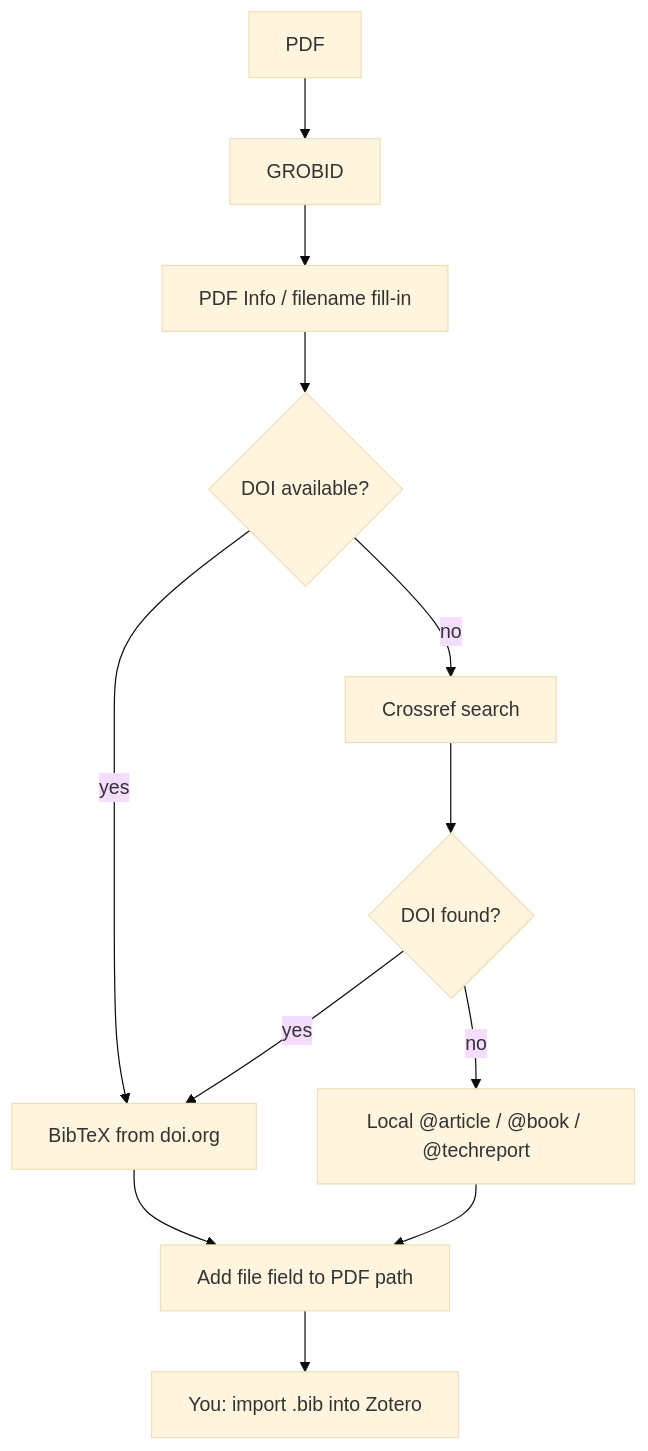
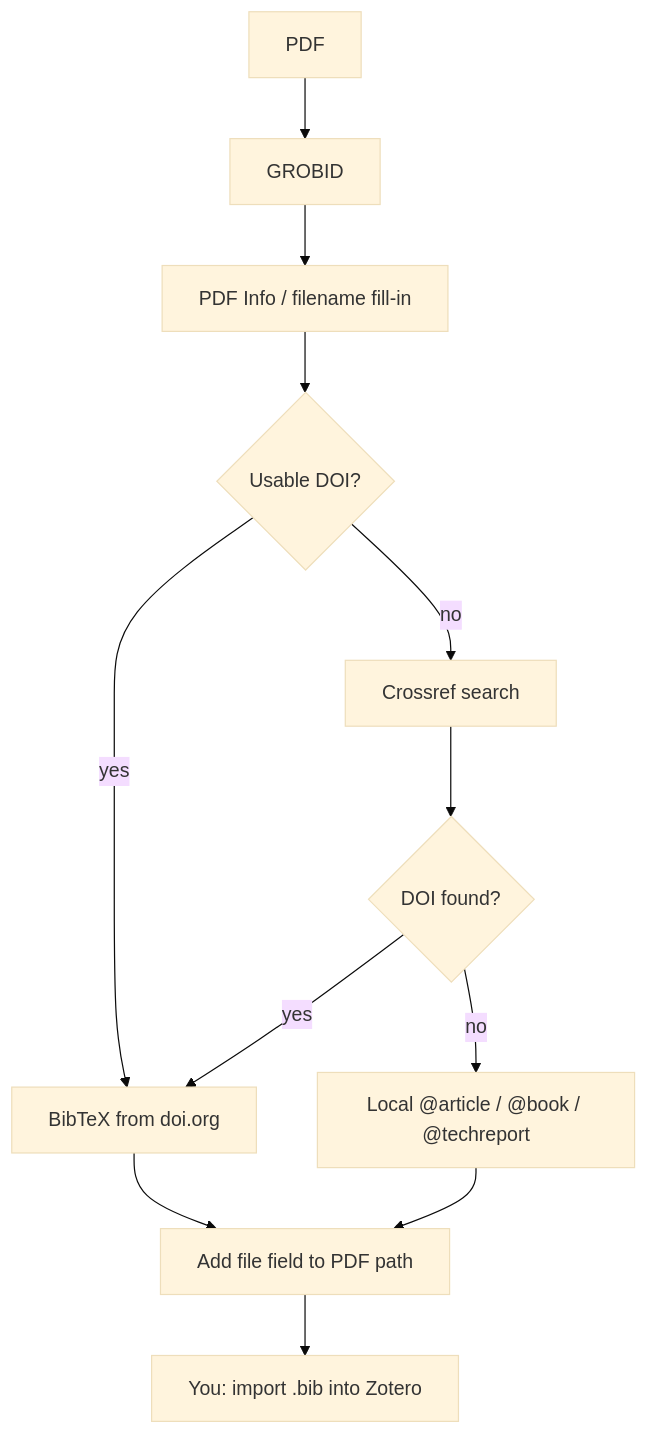
One commit to jensabrahamsson/pdf2zotero changed the fourth of 4 diagrams in README.md. Above: the diagram before and after it, drawn with Mermaid (base theme). The commit also changed 6 other files, not shown here.

````diff
--- a/README.md
+++ b/README.md
@@ -125,14 +125,14 @@
 ```mermaid
 flowchart TD
   PDF[PDF] --> GROBID[GROBID]
   GROBID --> FILL[PDF Info / filename fill-in]
-  FILL --> DOI{DOI available?}
+  FILL --> DOI{Usable DOI?}
   DOI -->|yes| BIB[BibTeX from doi.org]
   DOI -->|no| XR[Crossref search]
   XR --> DOI2{DOI found?}
   DOI2 -->|yes| BIB
   DOI2 -->|no| LOCAL["Local @article / @book / @techreport"]
   BIB --> FILE["Add file field to PDF path"]
   LOCAL --> FILE
   FILE --> IMP["You: import .bib into Zotero"]
 ```
````
